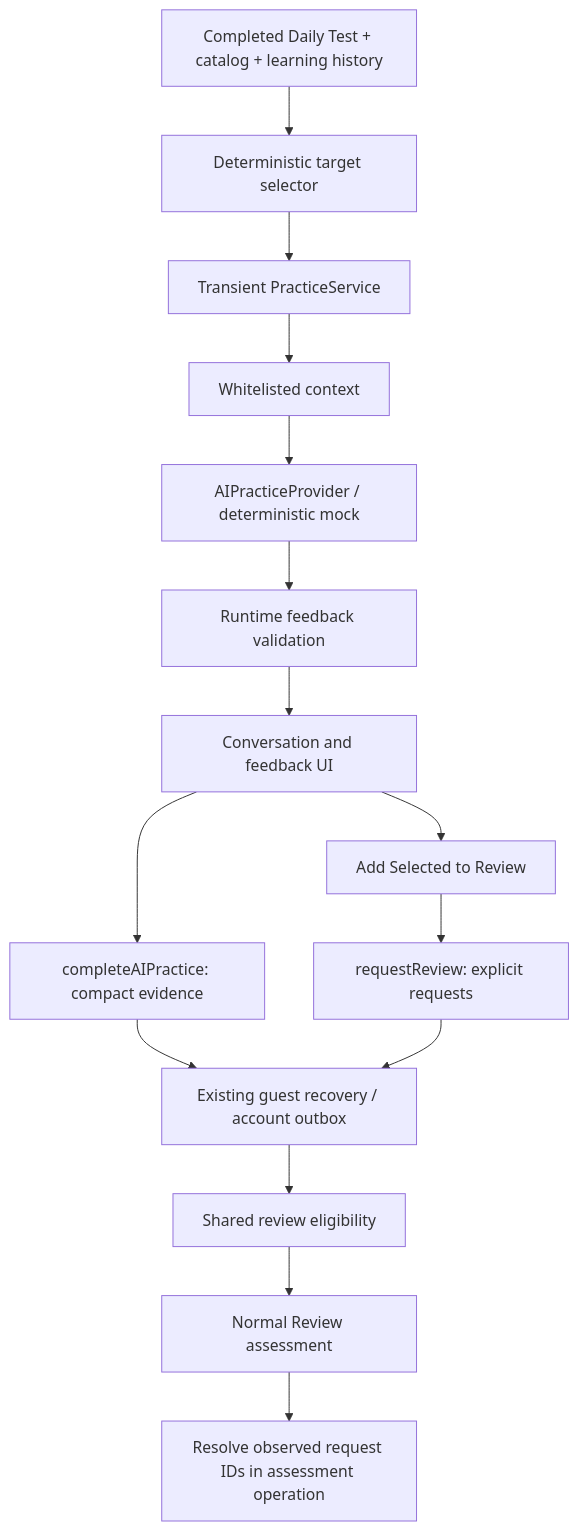
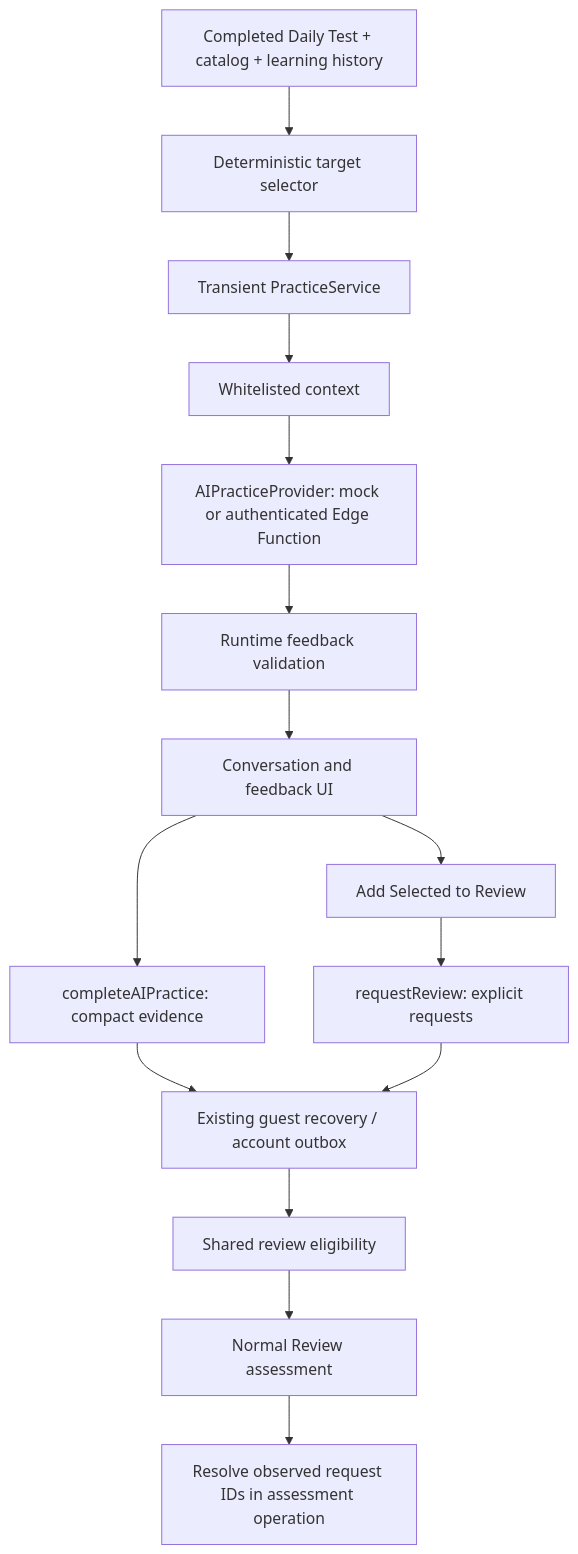
One commit to Hakan-ci/vocabulary-app changed the diagram in AI_PRACTICE.md. Above: the diagram before and after it, drawn with Mermaid. The commit also changed other lines of this file and 27 other files, not shown here.

````diff
--- a/AI_PRACTICE.md
+++ b/AI_PRACTICE.md
@@ -7,17 +7,17 @@
 ```mermaid
 flowchart TD
     Quiz[Completed Daily Test + catalog + learning history] --> Selector[Deterministic target selector]
     Selector --> Service[Transient PracticeService]
     Service --> Context[Whitelisted context]
-    Context --> Provider[AIPracticeProvider / deterministic mock]
+    Context --> Provider[AIPracticeProvider: mock or authenticated Edge Function]
     Provider --> Validator[Runtime feedback validation]
     Validator --> UI[Conversation and feedback UI]
     UI --> Complete[completeAIPractice: compact evidence]
     UI --> Confirm[Add Selected to Review]
     Confirm --> Requests[requestReview: explicit requests]
     Complete --> Store[Existing guest recovery / account outbox]
     Requests --> Store
     Store --> Eligibility[Shared review eligibility]
     Eligibility --> Review[Normal Review assessment]
     Review --> Resolve[Resolve observed request IDs in assessment operation]
 ```
````
